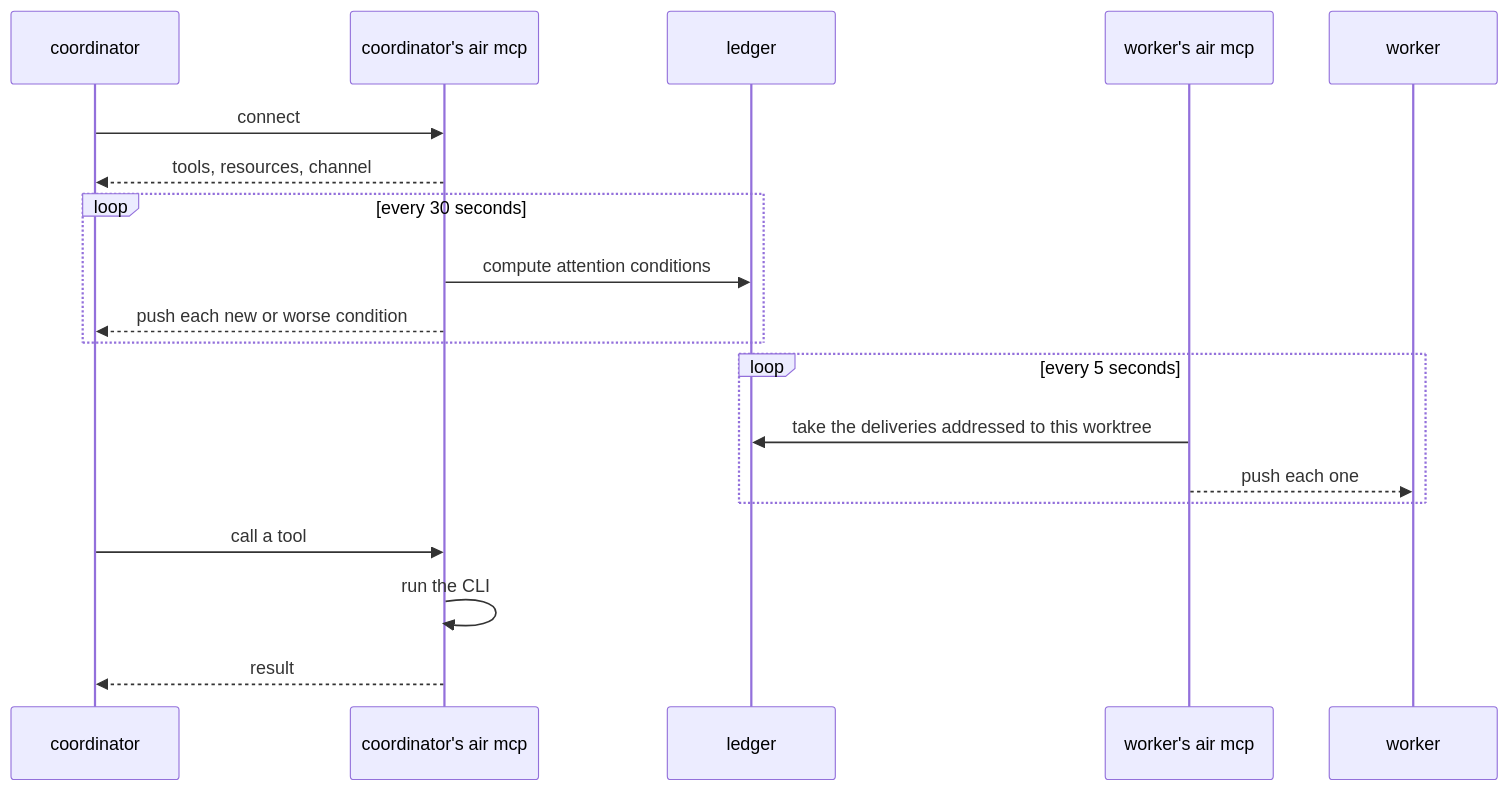
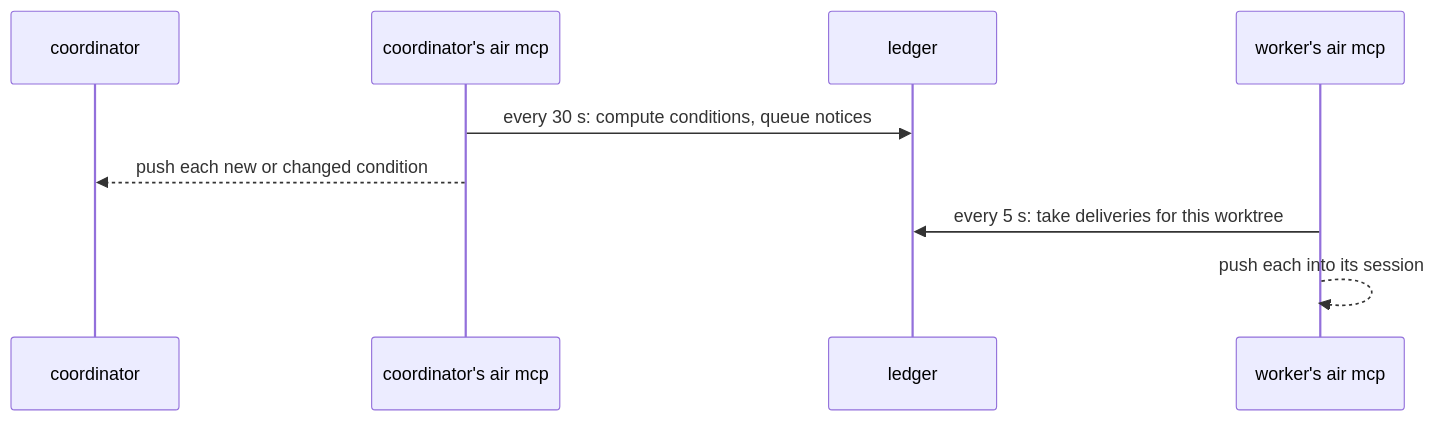
The seventh of 8 diagrams in docs/design.md (AJTJ/airunner), drawn with Mermaid before and after one commit. The commit also changed other lines of this file and 1 other file, not shown here.

````diff
--- a/docs/design.md
+++ b/docs/design.md
@@ -521,21 +369,11 @@
 ```mermaid
 sequenceDiagram
   participant C as coordinator
   participant M as coordinator's air mcp
   participant L as ledger
   participant WM as worker's air mcp
-  participant W as worker
-  C->>M: connect
-  M-->>C: tools, resources, channel
-  loop every 30 seconds
-    M->>L: compute attention conditions
-    M-->>C: push each new or worse condition
-  end
-  loop every 5 seconds
-    WM->>L: take the deliveries addressed to this worktree
-    WM-->>W: push each one
-  end
-  C->>M: call a tool
-  M->>M: run the CLI
-  M-->>C: result
+  M->>L: every 30 s: compute conditions, queue notices
+  M-->>C: push each new or changed condition
+  WM->>L: every 5 s: take deliveries for this worktree
+  WM-->>WM: push each into its session
 ```
````
